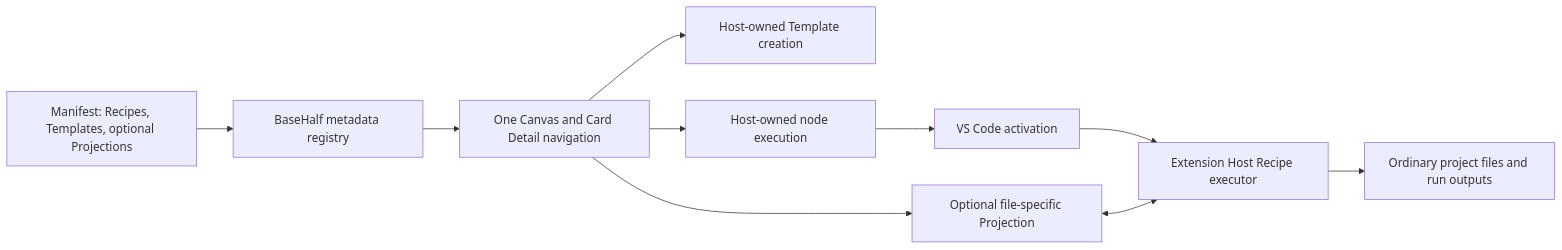
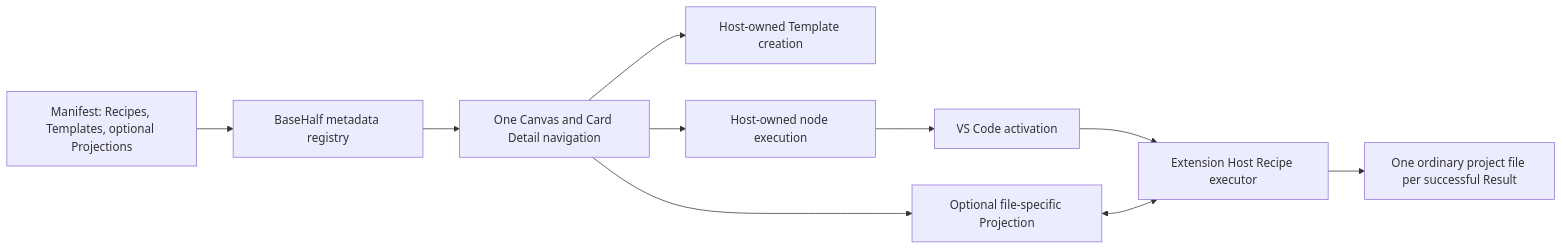
The diagram in docs/plugin-architecture.md (Pointa-Labs/basehalf), drawn with Mermaid before and after one commit. The commit also changed other lines of this file and 7 other files, not shown here.

````diff
--- a/docs/plugin-architecture.md
+++ b/docs/plugin-architecture.md
@@ -56,12 +56,12 @@
 ```mermaid
 flowchart LR
   M["Manifest: Recipes, Templates, optional Projections"] --> E["BaseHalf metadata registry"]
   E --> N["One Canvas and Card Detail navigation"]
   N --> T["Host-owned Template creation"]
   N --> H["Host-owned node execution"]
   H --> A["VS Code activation"]
   A --> X["Extension Host Recipe executor"]
-  X --> F["Ordinary project files and run outputs"]
+  X --> F["One ordinary project file per successful Result"]
   N --> P["Optional file-specific Projection"]
   P <--> X
 ```
````
